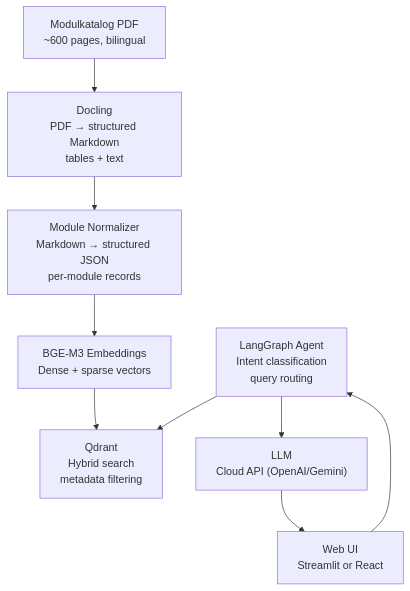
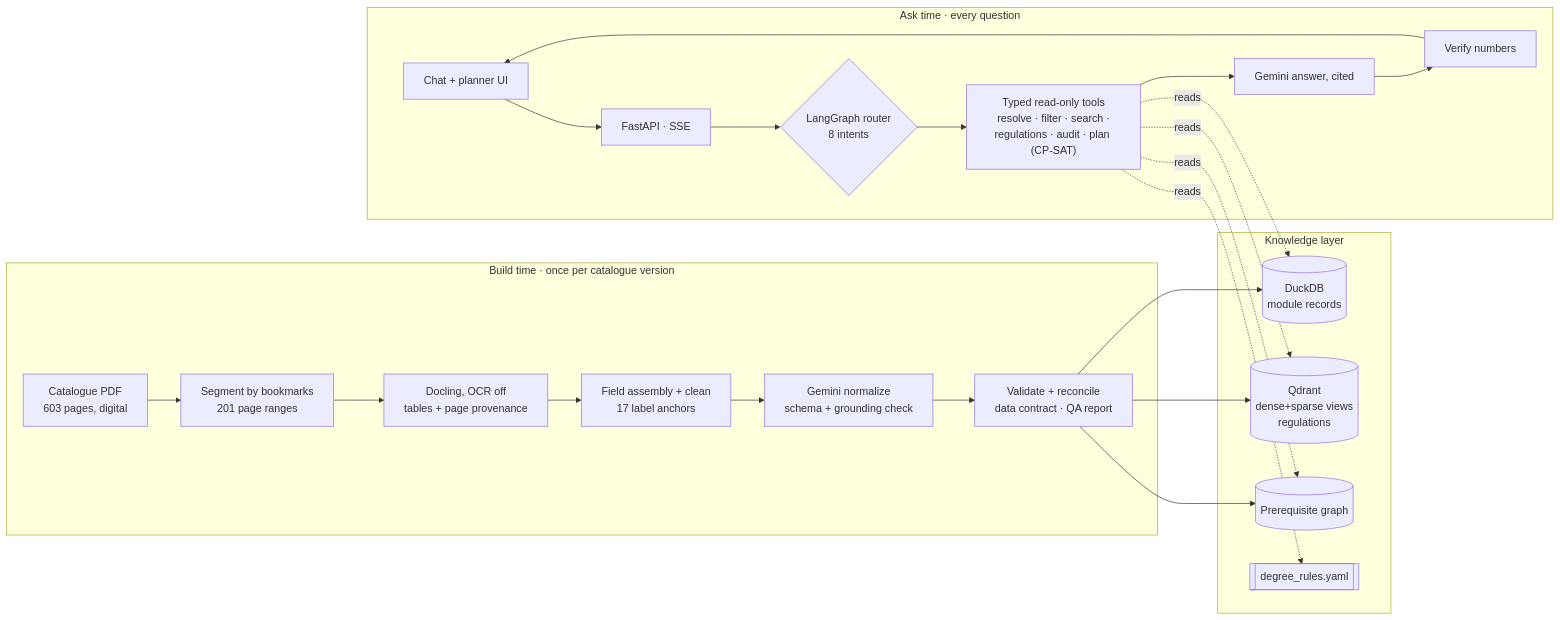
The diagram in context/ARCHITECTURE.md (asir-sar/Student-Path), drawn with Mermaid before and after one commit. The commit also changed other lines of this file and 18 other files, not shown here.

````diff
--- a/context/ARCHITECTURE.md
+++ b/context/ARCHITECTURE.md
@@ -5,21 +7,23 @@
 ```mermaid
-flowchart TD
-    PDF["Modulkatalog PDF<br/>~600 pages, bilingual"]
-    
-    PARSE["Docling<br/>PDF → structured Markdown<br/>tables + text"]
-    NORM["Module Normalizer<br/>Markdown → structured JSON<br/>per-module records"]
-    EMBED["BGE-M3 Embeddings<br/>Dense + sparse vectors"]
-    
-    QDRANT["Qdrant<br/>Hybrid search<br/>metadata filtering"]
-    
-    AGENT["LangGraph Agent<br/>Intent classification<br/>query routing"]
-    LLM["LLM<br/>Cloud API (OpenAI/Gemini)"]
-    
-    UI["Web UI<br/>Streamlit or React"]
-    
-    PDF --> PARSE --> NORM --> EMBED --> QDRANT
-    UI --> AGENT
-    AGENT --> QDRANT
-    AGENT --> LLM
-    LLM --> UI
+flowchart LR
+  subgraph BUILD["Build time · once per catalogue version"]
+    PDF["Catalogue PDF<br/>603 pages, digital"] --> SEG["Segment by bookmarks<br/>201 page ranges"]
+    SEG --> DOC["Docling, OCR off<br/>tables + page provenance"]
+    DOC --> FLD["Field assembly + clean<br/>17 label anchors"]
+    FLD --> LLM["Gemini normalize<br/>schema + grounding check"]
+    LLM --> VAL["Validate + reconcile<br/>data contract · QA report"]
+  end
+  subgraph KNOW["Knowledge layer"]
+    DB[("DuckDB<br/>module records")]
+    VEC[("Qdrant<br/>dense+sparse views<br/>regulations")]
+    G[("Prerequisite graph")]
+    RULES[["degree_rules.yaml"]]
+  end
+  VAL --> DB & VEC & G
+  subgraph ASK["Ask time · every question"]
+    UI["Chat + planner UI"] --> API["FastAPI · SSE"] --> RT{"LangGraph router<br/>8 intents"}
+    RT --> TOOLS["Typed read-only tools<br/>resolve · filter · search ·<br/>regulations · audit · plan (CP-SAT)"]
+    TOOLS --> GEN["Gemini answer, cited"] --> VER["Verify numbers"] --> UI
+  end
+  TOOLS -.->|reads| DB & VEC & G & RULES
 ```
````
